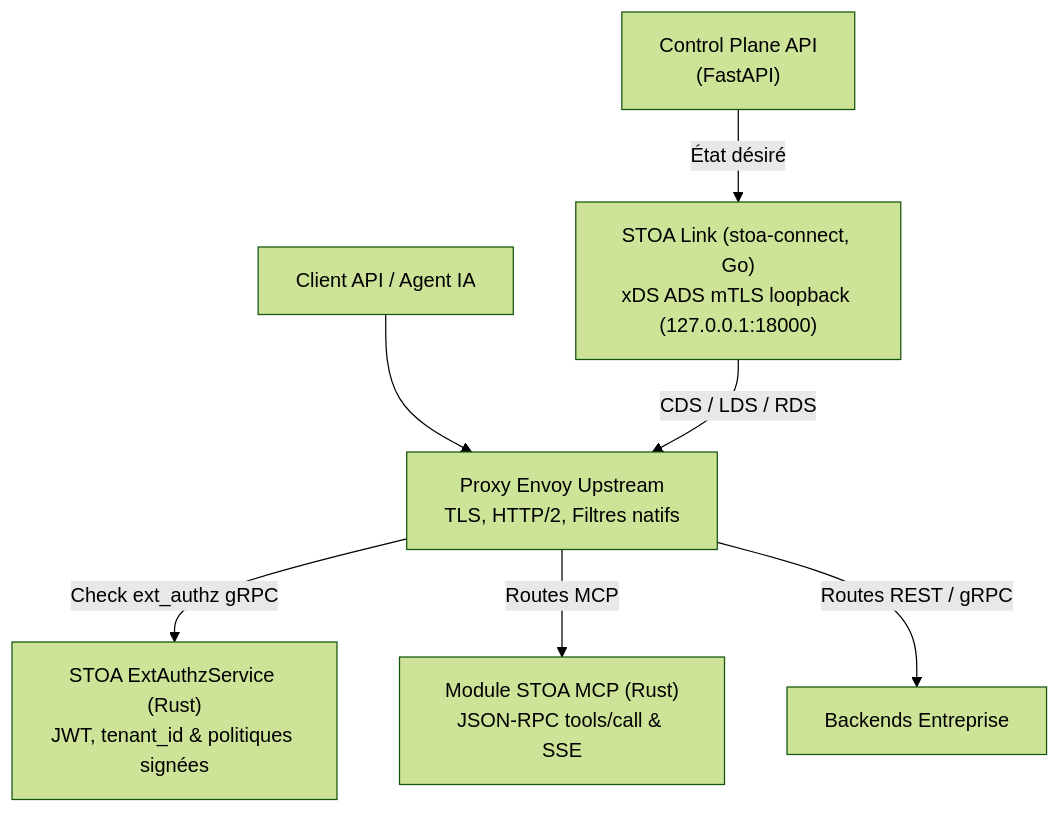
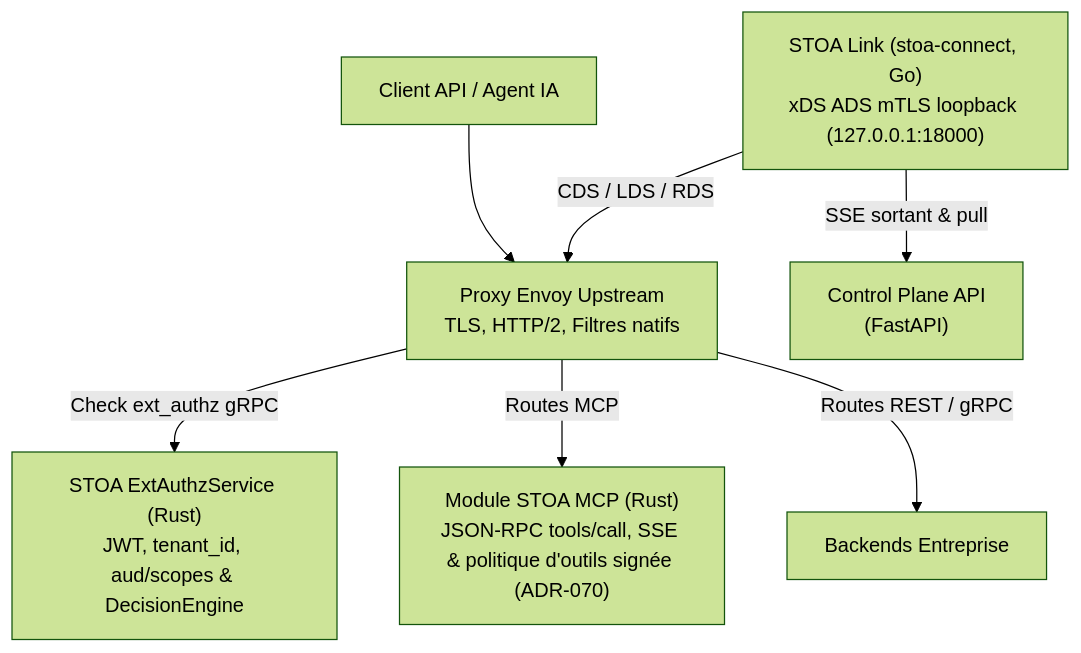
Before and after one commit to stoa-platform/stoa-docs: the third of 3 diagrams in i18n/fr/docusaurus-plugin-content-docs/current/architecture/architecture-overview.md, drawn with Mermaid (forest theme). The commit also changed other lines of this file and 21 other files, not shown here.

First line of the commit message:
docs(arch): refine Lot 3 Link SSE/adapters, ext_authz scopes, and auth guide (EN/FR)

````diff
--- a/i18n/fr/docusaurus-plugin-content-docs/current/architecture/architecture-overview.md
+++ b/i18n/fr/docusaurus-plugin-content-docs/current/architecture/architecture-overview.md
@@ -133,9 +135,9 @@
 ```mermaid
 flowchart TB
     Client["Client API / Agent IA"] --> Envoy["Proxy Envoy Upstream<br/>TLS, HTTP/2, Filtres natifs"]
-    CP["Control Plane API<br/>(FastAPI)"] -->|"État désiré"| Link["STOA Link (stoa-connect, Go)<br/>xDS ADS mTLS loopback (127.0.0.1:18000)"]
+    Link["STOA Link (stoa-connect, Go)<br/>xDS ADS mTLS loopback (127.0.0.1:18000)"] -->|"SSE sortant & pull"| CP["Control Plane API<br/>(FastAPI)"]
     Link -->|"CDS / LDS / RDS"| Envoy
-    Envoy -->|"Check ext_authz gRPC"| Authz["STOA ExtAuthzService (Rust)<br/>JWT, tenant_id & politiques signées"]
-    Envoy -->|"Routes MCP"| MCPMod["Module STOA MCP (Rust)<br/>JSON-RPC tools/call & SSE"]
+    Envoy -->|"Check ext_authz gRPC"| Authz["STOA ExtAuthzService (Rust)<br/>JWT, tenant_id, aud/scopes & DecisionEngine"]
+    Envoy -->|"Routes MCP"| MCPMod["Module STOA MCP (Rust)<br/>JSON-RPC tools/call, SSE & politique d'outils signée (ADR-070)"]
     Envoy -->|"Routes REST / gRPC"| Upstream["Backends Entreprise"]
 ```
````
